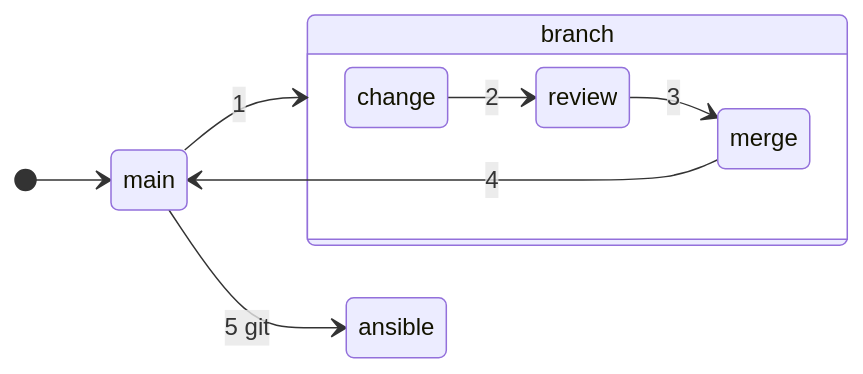
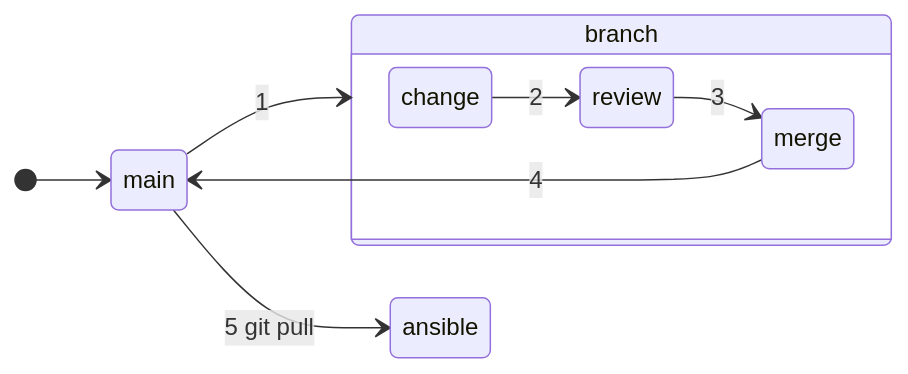
One commit to sdncoder/sdncoder changed the diagram in README.md. Above: the diagram before and after it, drawn with Mermaid.

````diff
--- a/README.md
+++ b/README.md
@@ -9,13 +9,13 @@
  ```mermaid
    stateDiagram
    direction LR
     [*] --> main
     main --> branch : 1
     state branch {
     direction LR
     change --> review : 2
     review --> merge : 3
     }
     merge --> main : 4
-    main --> ansible : 5 git
+    main --> ansible : 5 git pull
  ```
````
